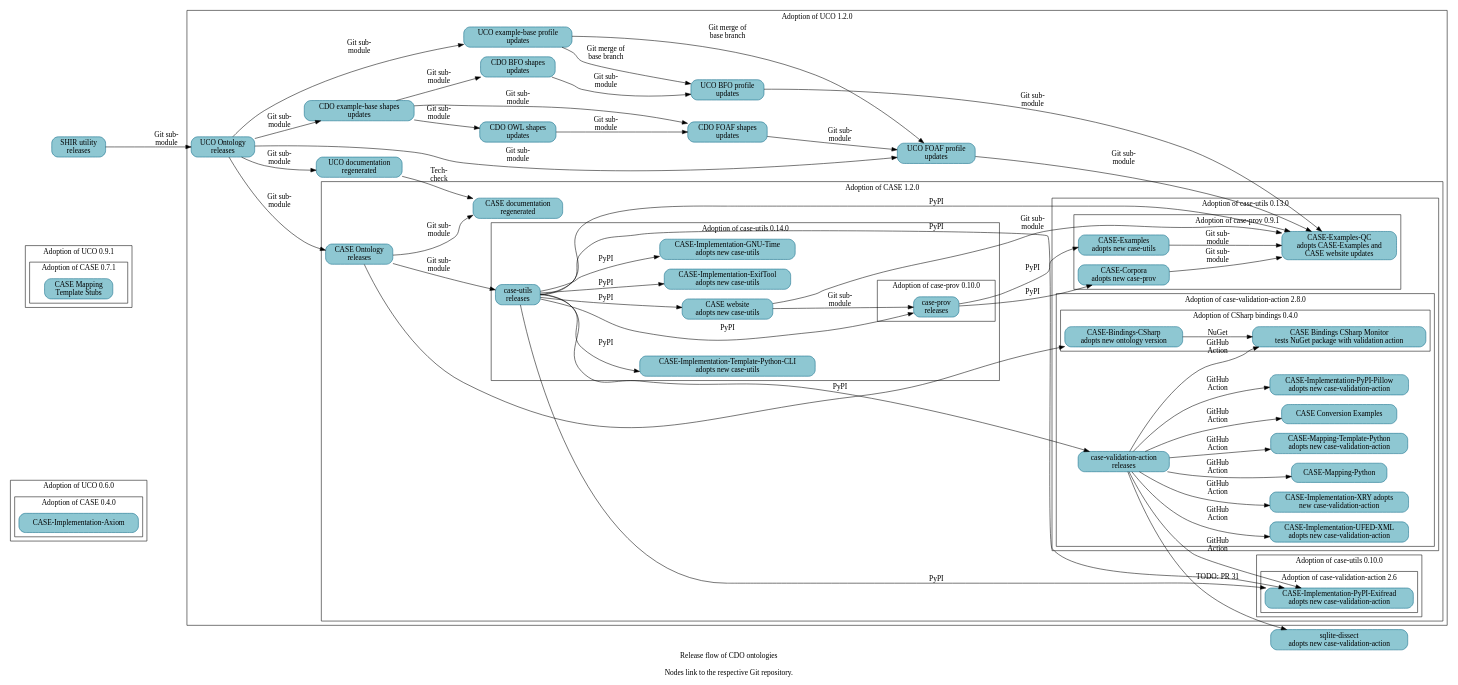
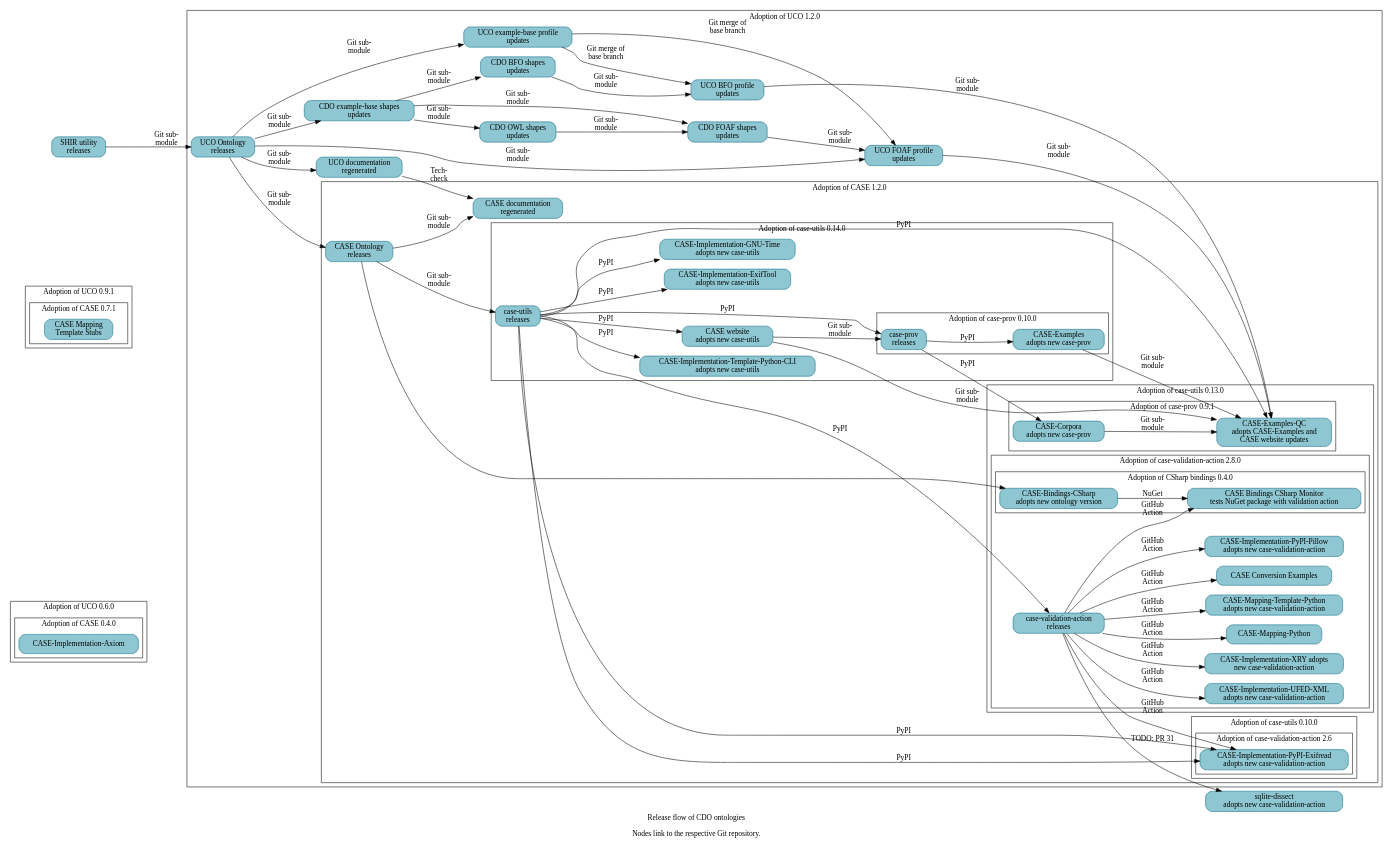
Before and after one commit to Cyber-Domain-Ontology/cdo.github.io: the diagram in resources/project_release_flow.dot, drawn with Graphviz.

Commit message:
Bump adoption of case-prov
A follow-on patch will regenerate Make-managed files.

```diff
--- a/resources/project_release_flow.dot
+++ b/resources/project_release_flow.dot
@@ -1,154 +1,154 @@
 digraph "cdo_release_flow" {
   label = "Release flow of CDO ontologies\n\nNodes link to the respective Git repository." ;
   rankdir = "LR" ;
   node [shape="rectangle" style="filled,rounded" fillcolor="#8EC7D2" color="#0D6986"] ;
 
   // Define nodes in their corresponding progress subgraph.
 
   subgraph cluster_uco_0_6_0 {
     label = "Adoption of UCO 0.6.0" ;
 
     subgraph cluster_case_0_4_0 {
       label = "Adoption of CASE 0.4.0" ;
       _GH__CASEWORK__CASE_IMPLEMENTATION_AXIOM [URL="https://github.com/casework/CASE-Implementation-Axiom" label="CASE-Implementation-Axiom"] ;
     }
   }
 
   subgraph cluster_uco_0_9_1 {
     label = "Adoption of UCO 0.9.1" ;
 
     subgraph cluster_case_0_7_1 {
       label = "Adoption of CASE 0.7.1" ;
       _GH__CASEWORK__CASE_MAPPING_TEMPLATE_STUBS [URL="https://github.com/casework/CASE-Mapping-Template-Stubs" label="CASE Mapping\nTemplate Stubs"] ;
     }
   }
 
   subgraph cluster_uco_1_2_0 {
     label = "Adoption of UCO 1.2.0" ;
 
     _GH__CYBER_DOMAIN_ONTOLOGY__CDO_SHAPES_BFO [URL="https://github.com/Cyber-Domain-Ontology/CDO-Shapes-BFO" label="CDO BFO shapes\nupdates"] ;
     _GH__CYBER_DOMAIN_ONTOLOGY__CDO_SHAPES_EXAMPLE [URL="https://github.com/Cyber-Domain-Ontology/CDO-Shapes-Example" label="CDO example-base shapes\nupdates"] ;
     _GH__CYBER_DOMAIN_ONTOLOGY__CDO_SHAPES_FOAF [URL="https://github.com/Cyber-Domain-Ontology/CDO-Shapes-FOAF" label="CDO FOAF shapes\nupdates"] ;
     _GH__CYBER_DOMAIN_ONTOLOGY__CDO_SHAPES_OWL [URL="https://github.com/Cyber-Domain-Ontology/CDO-Shapes-OWL" label="CDO OWL shapes\nupdates"] ;
     _GH__UCOPROJECT__ONTOLOGY_UNIFIEDCYBERONTOLOGY_ORG [URL="https://github.com/ucoProject/ontology.unifiedcyberontology.org" label="UCO documentation\nregenerated"] ;
     _GH__UCOPROJECT__UCO [URL="https://github.com/ucoProject/UCO" label="UCO Ontology\nreleases"] ;
     _GH__UCOPROJECT__UCO_PROFILE_BFO [URL="https://github.com/ucoProject/UCO-Profile-BFO" label="UCO BFO profile\nupdates"] ;
     _GH__UCOPROJECT__UCO_PROFILE_EXAMPLE [URL="https://github.com/ucoProject/UCO-Profile-Example" label="UCO example-base profile\nupdates"] ;
     _GH__UCOPROJECT__UCO_PROFILE_FOAF [URL="https://github.com/ucoProject/UCO-Profile-FOAF" label="UCO FOAF profile\nupdates"] ;
 
     subgraph cluster_case_1_2_0 {
       label = "Adoption of CASE 1.2.0" ;
 
       _GH__CASEWORK__CASE [URL="https://github.com/casework/CASE" label="CASE Ontology\nreleases"] ;
       _GH__CASEWORK__ONTOLOGY_CASEONTOLOGY_ORG [URL="https://github.com/casework/ontology.caseontology.org" label="CASE documentation\nregenerated"] ;
 
       subgraph cluster_case_utils_0_10_0 {
         label = "Adoption of case-utils 0.10.0" ;
 
         subgraph cluster_case_validation_action_2_6 {
           label = "Adoption of case-validation-action 2.6" ;
 
           _GH__CASEWORK__CASE_IMPLEMENTATION_PYPI_EXIFREAD [URL="https://github.com/casework/CASE-Implementation-PyPI-Exifread" label="CASE-Implementation-PyPI-Exifread\nadopts new case-validation-action"] ;
         }
       }
 
       subgraph cluster_case_utils_0_13_0 {
         label = "Adoption of case-utils 0.13.0" ;
 
         subgraph cluster_case_prov_0_9_1 {
           label = "Adoption of case-prov 0.9.1" ;
 
           _GH__AJNELSON_NIST__CASE_EXAMPLES_QC [URL="https://github.com/ajnelson-nist/CASE-Examples-QC" label="CASE-Examples-QC\nadopts CASE-Examples and\nCASE website updates"] ;
           _GH__CASEWORK__CASE_CORPORA [URL="https://github.com/casework/CASE-Corpora" label="CASE-Corpora\nadopts new case-prov"] ;
-          _GH__CASEWORK__CASE_EXAMPLES [URL="https://github.com/casework/CASE-Examples" label="CASE-Examples\nadopts new case-utils"] ;
         }
 
         subgraph cluster_case_validation_action_2_8_0 {
           label = "Adoption of case-validation-action 2.8.0" ;
 
           _GH__KCHASON__CASE_VALIDATION_ACTION [URL="https://github.com/kchason/case-validation-action" label="case-validation-action\nreleases"] ;
           _GH__CASEWORK__CASE_EXAMPLES_CONVERSION [URL="https://github.com/casework/CASE-Examples-Conversion" label="CASE Conversion Examples"] ;
           _GH__CASEWORK__CASE_IMPLEMENTATION_PYPI_PILLOW [URL="https://github.com/casework/CASE-Implementation-PyPI-Pillow" label="CASE-Implementation-PyPI-Pillow\nadopts new case-validation-action"] ;
           _GH__CASEWORK__CASE_IMPLEMENTATION_UFED_XML [URL="https://github.com/casework/CASE-Implementation-UFED-XML" label="CASE-Implementation-UFED-XML\nadopts new case-validation-action"] ;
           _GH__CASEWORK__CASE_IMPLEMENTATION_XRY [URL="https://github.com/casework/CASE-Implementation-XRY" label="CASE-Implementation-XRY adopts\nnew case-validation-action"] ;
           _GH__CASEWORK__CASE_MAPPING_PYTHON [URL="https://github.com/casework/CASE-Mapping-Python/" label="CASE-Mapping-Python"] ;
           _GH__CASEWORK__CASE_MAPPING_TEMPLATE_PYTHON [URL="https://github.com/casework/CASE-Mapping-Template-Python" label="CASE-Mapping-Template-Python\nadopts new case-validation-action"] ;
 
           subgraph cluster_case_bindings_csharp_0_4_0 {
             label = "Adoption of CSharp bindings 0.4.0" ;
 
             _GH__CASEWORK__CASE_BINDINGS_CSHARP_MONITOR [URL="https://github.com/casework/CASE-Bindings-CSharp-Monitor" label="CASE Bindings CSharp Monitor\ntests NuGet package with validation action"] ;
             _GH__CIPHERTECHSOLUTIONS__CASE_BINDINGS_CSHARP [URL="https://github.com/ciphertechsolutions/CASE-Bindings-CSharp" label="CASE-Bindings-CSharp\nadopts new ontology version"] ;
           }
         }
       }
 
       subgraph cluster_case_utils_0_14_0 {
         label = "Adoption of case-utils 0.14.0" ;
 
         _GH__CASEWORK__CASE_IMPLEMENTATION_EXIFTOOL [URL="https://github.com/casework/CASE-Implementation-ExifTool" label="CASE-Implementation-ExifTool\nadopts new case-utils"] ;
         _GH__CASEWORK__CASE_IMPLEMENTATION_GNU_TIME [URL="https://github.com/casework/CASE-Implementation-GNU-Time" label="CASE-Implementation-GNU-Time\nadopts new case-utils"] ;
         _GH__CASEWORK__CASE_IMPLEMENTATION_TEMPLATE_PYTHON_CLI [URL="https://github.com/casework/CASE-Implementation-Template-Python-CLI" label="CASE-Implementation-Template-Python-CLI\nadopts new case-utils"]
         _GH__CASEWORK__CASE_UTILITIES_PYTHON [URL="https://github.com/casework/CASE-Utilities-Python" label="case-utils\nreleases"] ;
         _GH__CASEWORK__CASEWORK_GITHUB_IO [URL="https://github.com/casework/casework.github.io" label="CASE website\nadopts new case-utils"] ;
 
         subgraph cluster_case_prov_0_10_0 {
           label = "Adoption of case-prov 0.10.0" ;
 
+          _GH__CASEWORK__CASE_EXAMPLES [URL="https://github.com/casework/CASE-Examples" label="CASE-Examples\nadopts new case-prov"] ;
           _GH__CASEWORK__CASE_IMPLEMENTATION_PROV_O [URL="https://github.com/casework/CASE-Implementation-PROV-O" label="case-prov\nreleases"] ;
         }
       }
     }
   }
 
   _GH__CASEWORK__CASE_UTILITY_SHACL_INHERITANCE_REVIEWER [URL="https://github.com/casework/CASE-Utility-SHACL-Inheritance-Reviewer" label="SHIR utility\nreleases"] ;
   _GH__DOD_CYBER_CRIME_CENTER__SQLITE_DISSECT [URL="https://github.com/dod-cyber-crime-center/sqlite-dissect" label="sqlite-dissect\nadopts new case-validation-action"] ;
 
   // Begin edges
 
   _GH__CASEWORK__CASEWORK_GITHUB_IO -> _GH__CASEWORK__CASE_IMPLEMENTATION_PROV_O [label="Git sub-\nmodule"] ;
   _GH__CASEWORK__CASE_CORPORA -> _GH__AJNELSON_NIST__CASE_EXAMPLES_QC [label="Git sub-\nmodule"] ;
   _GH__CASEWORK__CASE -> _GH__CASEWORK__CASE_UTILITIES_PYTHON [label="Git sub-\nmodule"] ;
   _GH__CASEWORK__CASE -> _GH__CIPHERTECHSOLUTIONS__CASE_BINDINGS_CSHARP ;
   _GH__CASEWORK__CASE -> _GH__CASEWORK__ONTOLOGY_CASEONTOLOGY_ORG [label="Git sub-\nmodule"] ; 
   _GH__CASEWORK__CASE_EXAMPLES -> _GH__AJNELSON_NIST__CASE_EXAMPLES_QC [label="Git sub-\nmodule"] ;
   _GH__CASEWORK__CASE_IMPLEMENTATION_PROV_O -> _GH__CASEWORK__CASE_CORPORA [label="PyPI"] ;
   _GH__CASEWORK__CASE_IMPLEMENTATION_PROV_O -> _GH__CASEWORK__CASE_EXAMPLES [label="PyPI"] ;
   _GH__CASEWORK__CASE_UTILITIES_PYTHON -> _GH__AJNELSON_NIST__CASE_EXAMPLES_QC [label="PyPI"] ;
   _GH__CASEWORK__CASE_UTILITIES_PYTHON -> _GH__CASEWORK__CASE_IMPLEMENTATION_EXIFTOOL [label="PyPI"] ;
   _GH__CASEWORK__CASE_UTILITIES_PYTHON -> _GH__CASEWORK__CASE_IMPLEMENTATION_GNU_TIME [label="PyPI"] ;
   _GH__CASEWORK__CASE_UTILITIES_PYTHON -> _GH__CASEWORK__CASE_IMPLEMENTATION_PROV_O [label="PyPI"] ;
   _GH__CASEWORK__CASE_UTILITIES_PYTHON -> _GH__CASEWORK__CASE_IMPLEMENTATION_PYPI_EXIFREAD [label="PyPI"] ;
   _GH__CASEWORK__CASE_UTILITIES_PYTHON -> _GH__CASEWORK__CASE_IMPLEMENTATION_TEMPLATE_PYTHON_CLI [label="PyPI"];
   _GH__CASEWORK__CASE_UTILITIES_PYTHON -> _GH__KCHASON__CASE_VALIDATION_ACTION [label="PyPI"] ;
   _GH__CASEWORK__CASE_UTILITIES_PYTHON -> _GH__CASEWORK__CASEWORK_GITHUB_IO [label="PyPI"] ;
   _GH__CASEWORK__CASE_UTILITY_SHACL_INHERITANCE_REVIEWER -> _GH__UCOPROJECT__UCO [label="Git sub-\nmodule"] ;
   _GH__CASEWORK__CASEWORK_GITHUB_IO -> _GH__AJNELSON_NIST__CASE_EXAMPLES_QC [label="Git sub-\nmodule"] ;
   _GH__CIPHERTECHSOLUTIONS__CASE_BINDINGS_CSHARP -> _GH__CASEWORK__CASE_BINDINGS_CSHARP_MONITOR [label="NuGet"] ;
   _GH__CYBER_DOMAIN_ONTOLOGY__CDO_SHAPES_BFO -> _GH__UCOPROJECT__UCO_PROFILE_BFO [label="Git sub-\nmodule"] ;
   _GH__CYBER_DOMAIN_ONTOLOGY__CDO_SHAPES_EXAMPLE -> _GH__CYBER_DOMAIN_ONTOLOGY__CDO_SHAPES_BFO [label="Git sub-\nmodule"] ;
   _GH__CYBER_DOMAIN_ONTOLOGY__CDO_SHAPES_EXAMPLE -> _GH__CYBER_DOMAIN_ONTOLOGY__CDO_SHAPES_FOAF [label="Git sub-\nmodule"] ;
   _GH__CYBER_DOMAIN_ONTOLOGY__CDO_SHAPES_EXAMPLE -> _GH__CYBER_DOMAIN_ONTOLOGY__CDO_SHAPES_OWL [label="Git sub-\nmodule"] ;
   _GH__CYBER_DOMAIN_ONTOLOGY__CDO_SHAPES_FOAF -> _GH__UCOPROJECT__UCO_PROFILE_FOAF [label="Git sub-\nmodule"] ;
   _GH__CYBER_DOMAIN_ONTOLOGY__CDO_SHAPES_OWL -> _GH__CYBER_DOMAIN_ONTOLOGY__CDO_SHAPES_FOAF [label="Git sub-\nmodule"] ;
   _GH__KCHASON__CASE_VALIDATION_ACTION -> _GH__CASEWORK__CASE_BINDINGS_CSHARP_MONITOR [label="GitHub\nAction"] ;
   _GH__KCHASON__CASE_VALIDATION_ACTION -> _GH__CASEWORK__CASE_EXAMPLES_CONVERSION [label="GitHub\nAction"];
   _GH__CASEWORK__CASE_UTILITIES_PYTHON -> _GH__CASEWORK__CASE_IMPLEMENTATION_PYPI_EXIFREAD [label="PyPI"] ;
   _GH__KCHASON__CASE_VALIDATION_ACTION -> _GH__CASEWORK__CASE_IMPLEMENTATION_PYPI_EXIFREAD [label="GitHub\nAction"] ;
   _GH__KCHASON__CASE_VALIDATION_ACTION -> _GH__CASEWORK__CASE_IMPLEMENTATION_PYPI_PILLOW [label="GitHub\nAction"] ;
   _GH__KCHASON__CASE_VALIDATION_ACTION -> _GH__CASEWORK__CASE_IMPLEMENTATION_UFED_XML [label="GitHub\nAction"] ;
   _GH__KCHASON__CASE_VALIDATION_ACTION -> _GH__CASEWORK__CASE_IMPLEMENTATION_XRY [label="GitHub\nAction"] ;
   _GH__KCHASON__CASE_VALIDATION_ACTION -> _GH__CASEWORK__CASE_MAPPING_PYTHON [label="GitHub\nAction"] ;
   _GH__KCHASON__CASE_VALIDATION_ACTION -> _GH__CASEWORK__CASE_MAPPING_TEMPLATE_PYTHON [label="GitHub\nAction"] ;
   _GH__KCHASON__CASE_VALIDATION_ACTION -> _GH__DOD_CYBER_CRIME_CENTER__SQLITE_DISSECT [URL="https://github.com/dod-cyber-crime-center/sqlite-dissect/pull/31" label="TODO: PR 31"] ;
   _GH__UCOPROJECT__ONTOLOGY_UNIFIEDCYBERONTOLOGY_ORG -> _GH__CASEWORK__ONTOLOGY_CASEONTOLOGY_ORG [label="Tech-\ncheck"];
   _GH__UCOPROJECT__UCO -> _GH__CASEWORK__CASE [label="Git sub-\nmodule"] ;
   _GH__UCOPROJECT__UCO -> _GH__CYBER_DOMAIN_ONTOLOGY__CDO_SHAPES_EXAMPLE [label="Git sub-\nmodule"] ;
   _GH__UCOPROJECT__UCO -> _GH__UCOPROJECT__ONTOLOGY_UNIFIEDCYBERONTOLOGY_ORG [label="Git sub-\nmodule"] ;
   _GH__UCOPROJECT__UCO -> _GH__UCOPROJECT__UCO_PROFILE_EXAMPLE [label="Git sub-\nmodule"] ;
   _GH__UCOPROJECT__UCO -> _GH__UCOPROJECT__UCO_PROFILE_FOAF [label="Git sub-\nmodule"] ;
   _GH__UCOPROJECT__UCO_PROFILE_BFO -> _GH__AJNELSON_NIST__CASE_EXAMPLES_QC [label="Git sub-\nmodule"] ;
   _GH__UCOPROJECT__UCO_PROFILE_EXAMPLE -> _GH__UCOPROJECT__UCO_PROFILE_BFO [label="Git merge of\nbase branch"] ;
   _GH__UCOPROJECT__UCO_PROFILE_EXAMPLE -> _GH__UCOPROJECT__UCO_PROFILE_FOAF [label="Git merge of\nbase branch"] ;
   _GH__UCOPROJECT__UCO_PROFILE_FOAF -> _GH__AJNELSON_NIST__CASE_EXAMPLES_QC [label="Git sub-\nmodule"] ;
 }
```
